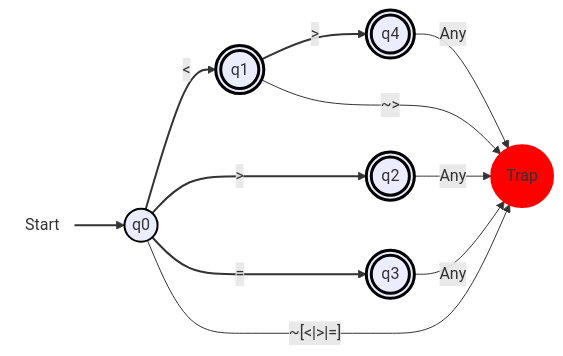
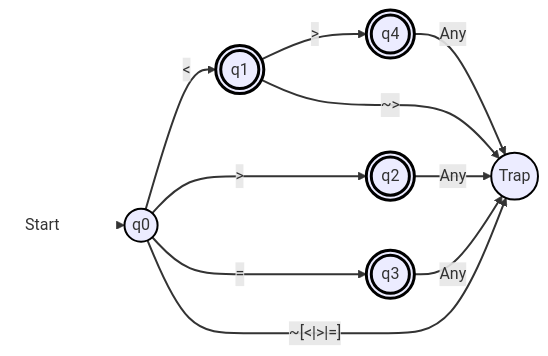
The eighth of 9 diagrams in docs/DFA.md (CS-Tiny-Compiler/a-tiny-compiler), drawn with Mermaid before and after one commit. The commit also changed other lines of this file, not shown here.

First line of the commit message:
made line colors consistent and trap state have a black color

````diff
--- a/docs/DFA.md
+++ b/docs/DFA.md
@@ -281,22 +277,22 @@
 ```mermaid
 flowchart LR
   start(((Start))):::startNode --> q0(("q0")):::normal
   q0 --> |#60;| q1((("q1"))):::finalState
   q0 --> |#62;| q2((("q2"))):::finalState
   q0 --> |#61;| q3((("q3"))):::finalState
   q1 --> |#62;| q4((("q4"))):::finalState
-  q0 --> |"~[#60;|#62;|#61;]"| trap((("Trap"))):::trap
-  q1 --> |"~#62;"| trap((("Trap"))):::trap
-  q2 --> |"Any"| trap((("Trap"))):::trap
-  q3 --> |"Any"| trap((("Trap"))):::trap
-  q4 --> |"Any"| trap((("Trap"))):::trap
+  q0 --> |"~[#60;|#62;|#61;]"| trap(("Trap")):::trap
+  q1 --> |"~#62;"| trap(("Trap")):::trap
+  q2 --> |"Any"| trap(("Trap")):::trap
+  q3 --> |"Any"| trap(("Trap")):::trap
+  q4 --> |"Any"| trap(("Trap")):::trap
 
 
   classDef startNode fill:none,stroke:none;
   classDef normal stroke:#000,stroke-width:2px;
   classDef finalState stroke:#000,stroke-width:3px;
-  classDef trap fill:#f00,stroke:#f00,stroke-width:2px;
+  classDef trap stroke:#000,stroke-width:2px;
 
-  linkStyle 0 stroke-width:2px;
-  linkStyle 1,2,3,4 stroke:#333,stroke-width:2px,fill:none;
+  linkStyle 0 stroke:white;
+  linkStyle default stroke:#333,stroke-width:2px,fill:none;
 ```
````
